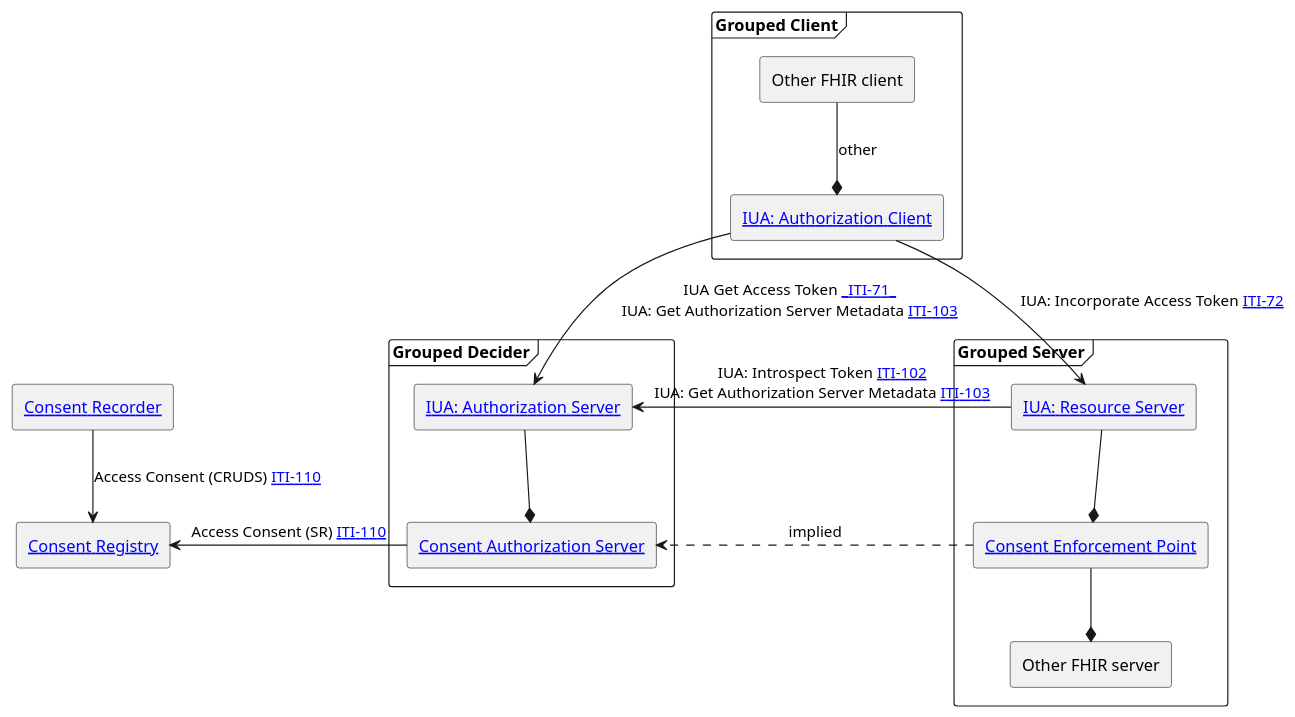
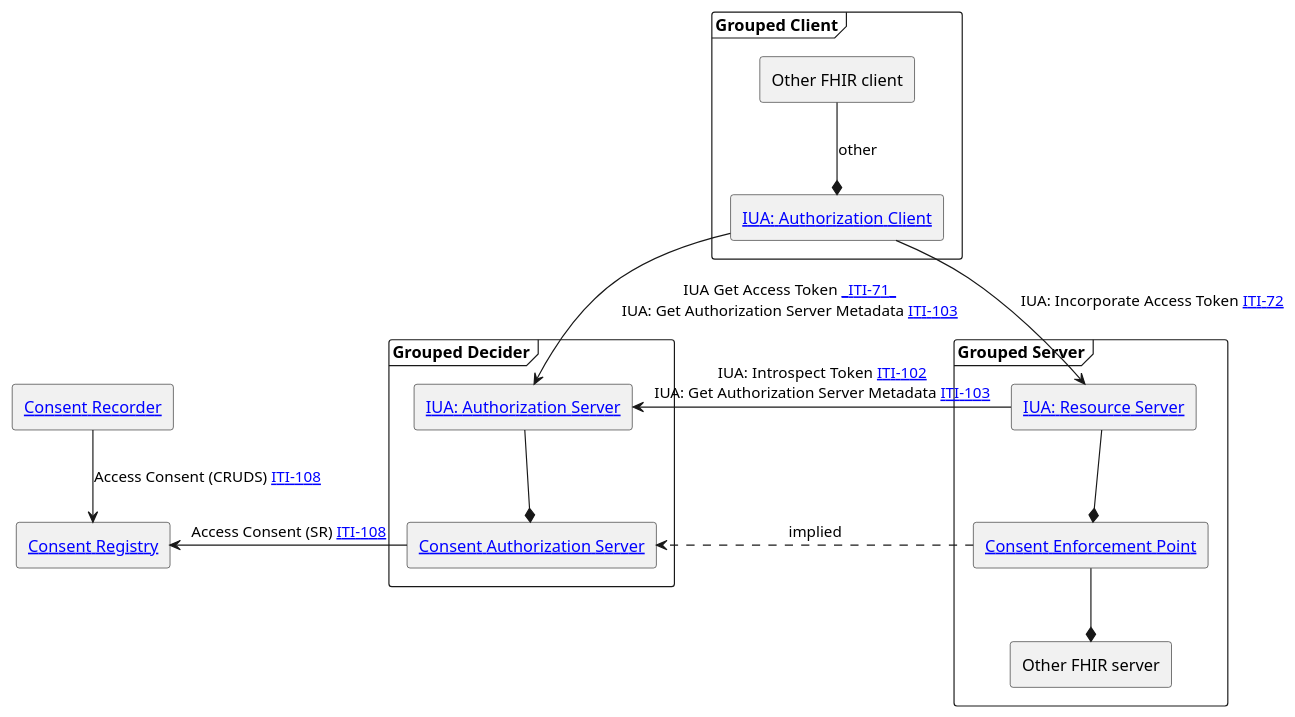
Before and after one commit to IHE/ITI.PCF: the diagram in input/images-source/ActorsAndTransactions.plantuml, drawn with PlantUML. The commit also changed 11 other files, not shown here.

```diff
--- a/input/images-source/ActorsAndTransactions.plantuml
+++ b/input/images-source/ActorsAndTransactions.plantuml
@@ -1,41 +1,41 @@
 @startuml
 skinparam svgDimensionStyle false
 agent "[[#consentRecorder Consent Recorder]]" as capture
 agent "[[#consentRegistry Consent Registry]]" as registry
-capture -down-> registry : "Access Consent (CRUDS) [[ITI-110.html ITI-110]]"
+capture -down-> registry : "Access Consent (CRUDS) [[ITI-108.html ITI-108]]"
 
 frame "Grouped Decider" {
 agent decider [
 [[https://profiles.ihe.net/ITI/IUA/index.html#34112-authorization-server IUA: Authorization Server]]
 ] 
 agent cdecider [
 [[#consentAuthorizationServer Consent Authorization Server]]
 ] 
 decider -down-* cdecider
 }
-cdecider -left-> registry: "Access Consent (SR) [[ITI-110.html ITI-110]]"
+cdecider -left-> registry: "Access Consent (SR) [[ITI-108.html ITI-108]]"
 
 
 frame "Grouped Client" {
 agent "Other FHIR client" as otherClient
 agent "[[https://profiles.ihe.net/ITI/IUA/index.html#34111-authorization-client IUA: Authorization Client]]" as client 
 }
 frame "Grouped Server" {
 agent enforcer [
 [[https://profiles.ihe.net/ITI/IUA/index.html#34113-resource-server IUA: Resource Server]]
 ]
 agent cenforcer [
 [[#consentEnforcementPoint Consent Enforcement Point]]
 ]
 agent "Other FHIR server" as otherServer
 enforcer -down-* cenforcer
 cenforcer -down-* otherServer
 }
 
 otherClient -down-* client: "other"
 client -down-> decider : "IUA Get Access Token [[other.html#updates-to-iti-71 _ITI-71_]]\nIUA: Get Authorization Server Metadata [[https://profiles.ihe.net/ITI/IUA/index.html#3103-get-authorization-server-metadata-iti-103 ITI-103]]"
 
 client -down-> enforcer : "IUA: Incorporate Access Token [[https://profiles.ihe.net/ITI/IUA/index.html#372-incorporate-access-token-iti-72 ITI-72]]"
 decider <-right- enforcer : "IUA: Introspect Token [[https://profiles.ihe.net/ITI/IUA/index.html#3102-introspect-token-iti-102 ITI-102]]\nIUA: Get Authorization Server Metadata [[https://profiles.ihe.net/ITI/IUA/index.html#3103-get-authorization-server-metadata-iti-103 ITI-103]]"
 cdecider <.left. cenforcer : implied
 @enduml
```
